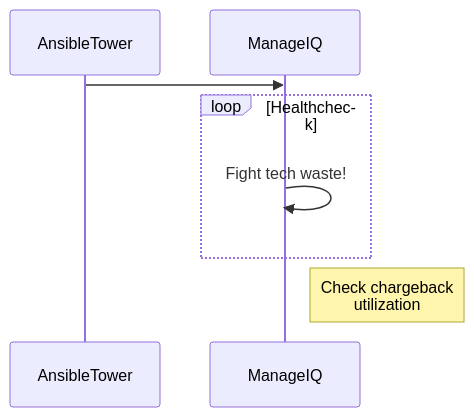
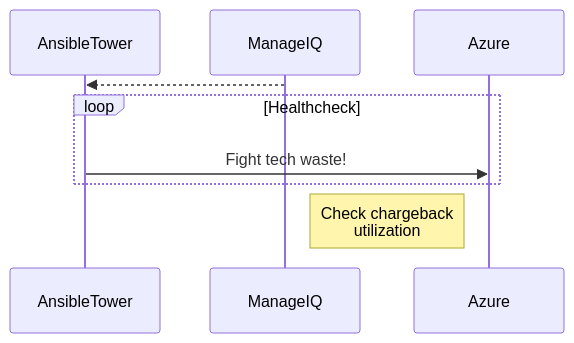
One commit to slagathor34/awx-lab changed the second of 2 diagrams in azure-BlueShift/README.md. Above: the diagram before and after it, drawn with Mermaid.

Commit message:
Update Graph

````diff
--- a/azure-BlueShift/README.md
+++ b/azure-BlueShift/README.md
@@ -40,10 +40,10 @@
 ```mermaid
 sequenceDiagram
     participant AnsibleTower
     participant ManageIQ
-    AnsibleTower->>ManageIQ: 
+    ManageIQ-->>AnsibleTower: 
     loop Healthcheck
-        ManageIQ->>ManageIQ: Fight tech waste!
+        AnsibleTower->>Azure: Fight tech waste!
     end
     Note right of ManageIQ: Check chargeback <br/>utilization
 ```
````
